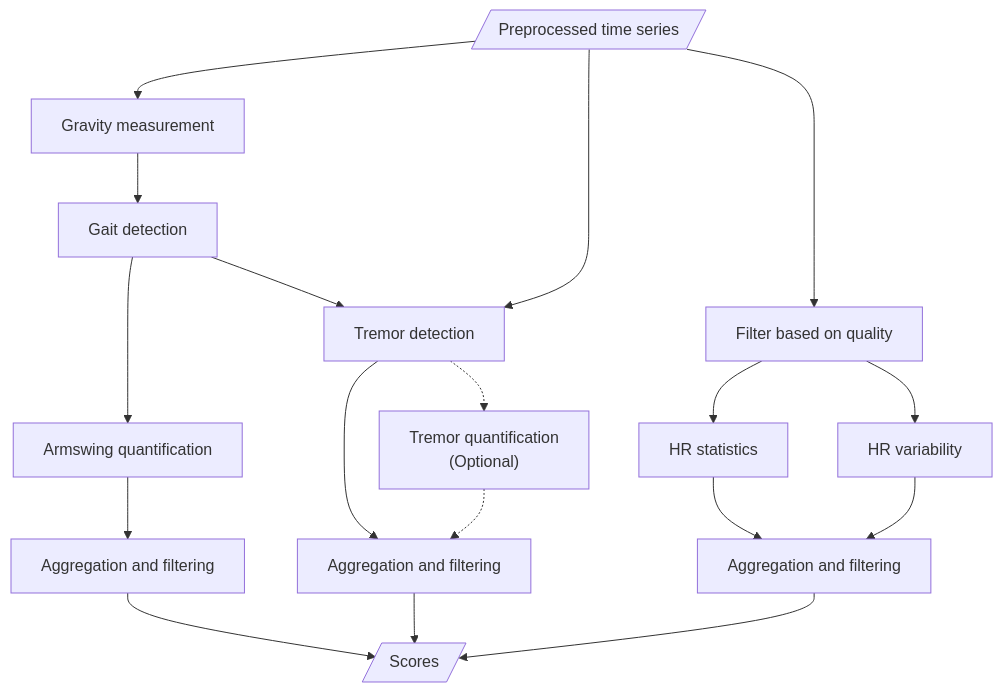
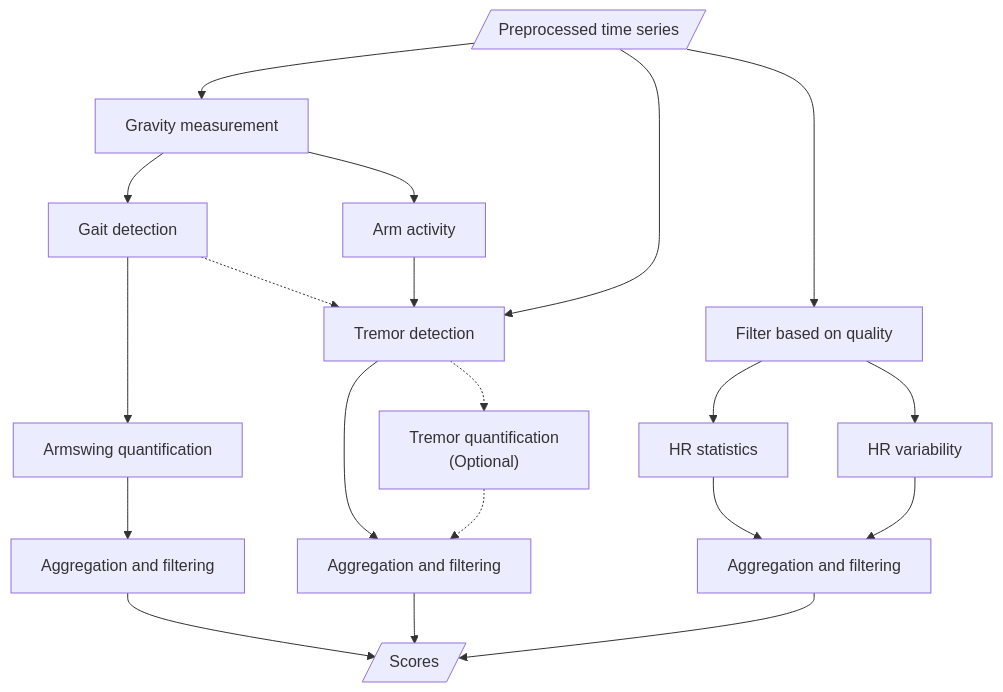
Before and after one commit to biomarkersParkinson/.github: the second of 2 diagrams in profile/README.md, drawn with Mermaid.

Commit message:
Update diagram regarding tremor
After a meeting with Diogo, he suggested some amendments to the tremor column

````diff
--- a/profile/README.md
+++ b/profile/README.md
@@ -47,13 +47,14 @@
 ```mermaid
 graph TD;
     Preprocessed[/Preprocessed time series/] --> Gravity["Gravity measurement"] --> Gait["Gait detection"] --> Armswing["Armswing quantification"] --> b["Aggregation and filtering"] --> Scores[/Scores/]
 
-    Gait --> Tremor["Tremor detection"] --> c["Aggregation and filtering"] --> Scores
+    Gait .-> Tremor
+    Gravity --> ArmActivity["Arm activity"] --> Tremor["Tremor detection"] --> c["Aggregation and filtering"] --> Scores
     Preprocessed --> Tremor .-> TremorQuant["Tremor quantification \n (Optional)"] .-> c["Aggregation and filtering"]
 
     Preprocessed --> Filter["Filter based on quality"]
     Filter --> HRstat["HR statistics"] --> d["Aggregation and filtering"] --> Scores
     Filter --> HRvar["HR variability"] --> d["Aggregation and filtering"]
 
 
 ```
````
